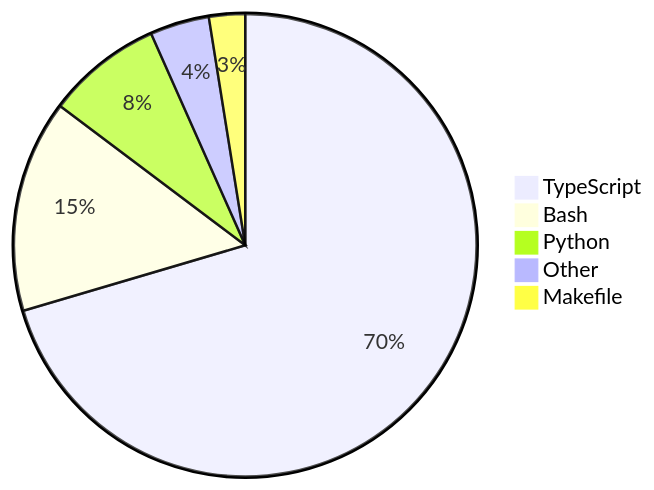
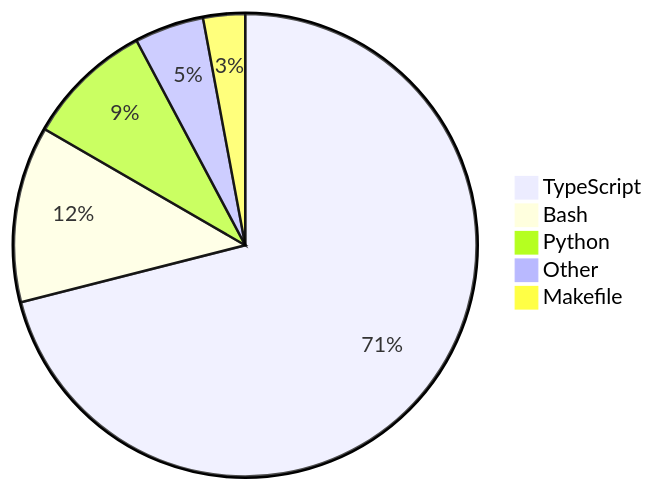
The diagram in README.md (skvggor/skvggor), drawn with Mermaid before and after one commit. The commit also changed other lines of this file, not shown here.

Commit message:
Updated waka-readme graph with new metrics

````diff
--- a/README.md
+++ b/README.md
@@ -28,8 +28,8 @@
-```mermaid  
-pie  
-    "TypeScript" : 69.8  
-    "Bash" : 14.7  
-    "Python" : 8.0  
-    "Other" : 4.1  
-    "Makefile" : 2.5  
-```  
+```mermaid
+pie
+    "TypeScript" : 70.4
+    "Bash" : 12.2
+    "Python" : 8.8
+    "Other" : 4.8
+    "Makefile" : 2.9
+```
````
